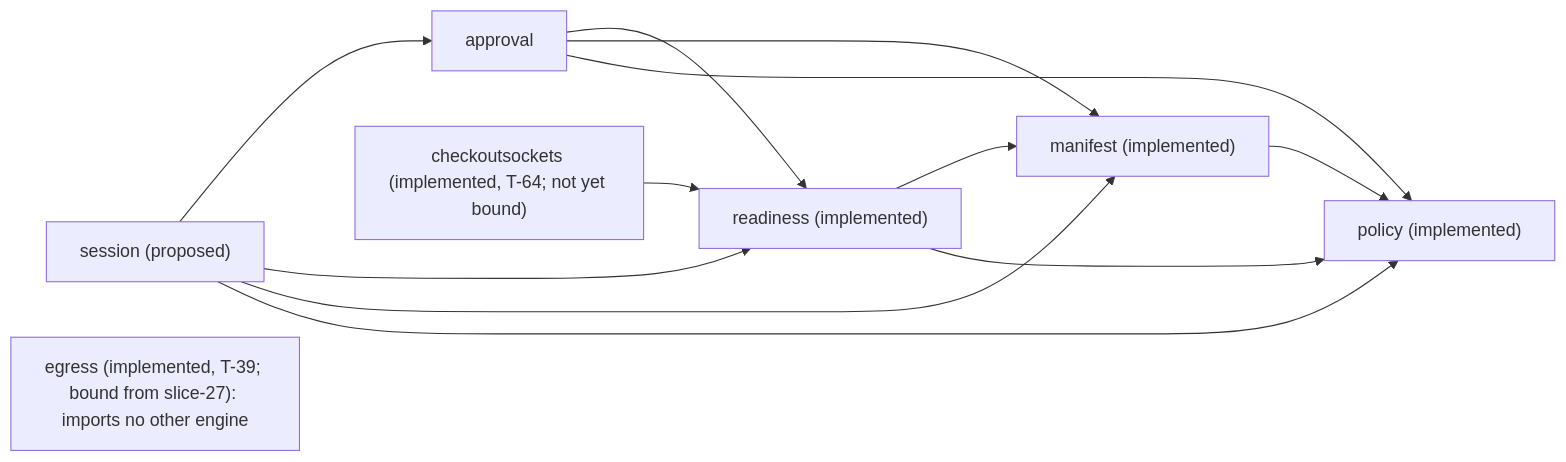
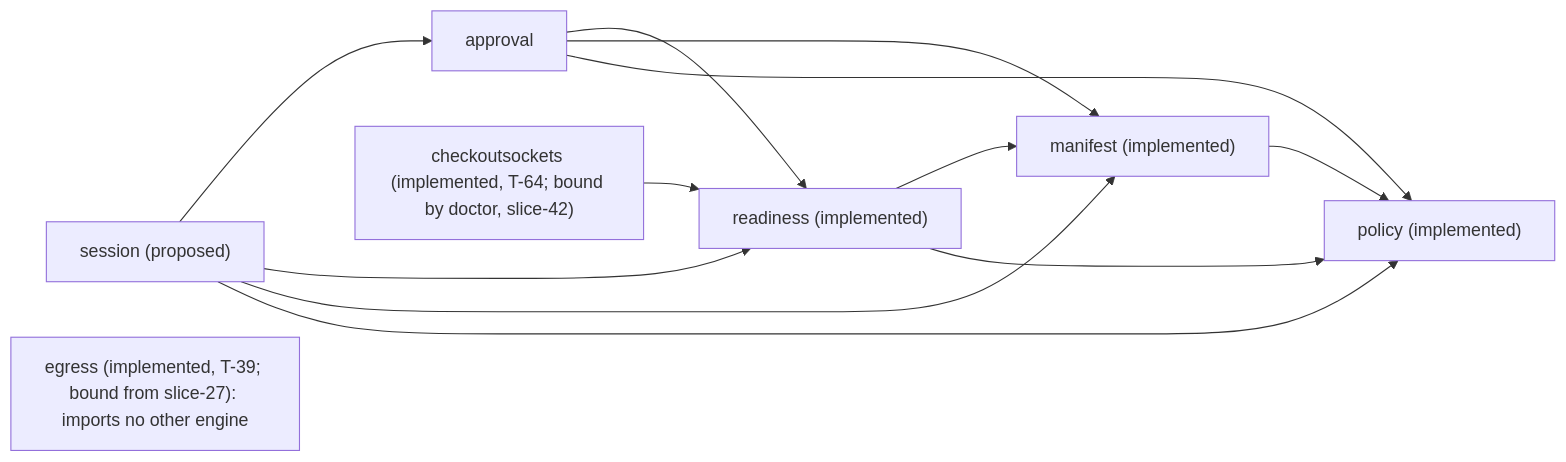
The second of 2 diagrams in docs/architecture/arc42.md (donvargax/itos-container), drawn with Mermaid before and after one commit. The commit also changed other lines of this file and 11 other files, not shown here.

````diff
--- a/docs/architecture/arc42.md
+++ b/docs/architecture/arc42.md
@@ -337,15 +337,15 @@
 ```mermaid
 flowchart LR
     manifest["manifest (implemented)"] --> policy["policy (implemented)"]
     readiness["readiness (implemented)"] --> policy
     readiness --> manifest
     approval["approval"] --> policy
     approval --> manifest
     approval --> readiness
     session["session (proposed)"] --> policy
     session --> manifest
     session --> readiness
     session --> approval
     egress["egress (implemented, T-39; bound from slice-27): imports no other engine"]
-    checkoutsockets["checkoutsockets (implemented, T-64; not yet bound)"] --> readiness
+    checkoutsockets["checkoutsockets (implemented, T-64; bound by doctor, slice-42)"] --> readiness
 ```
````
